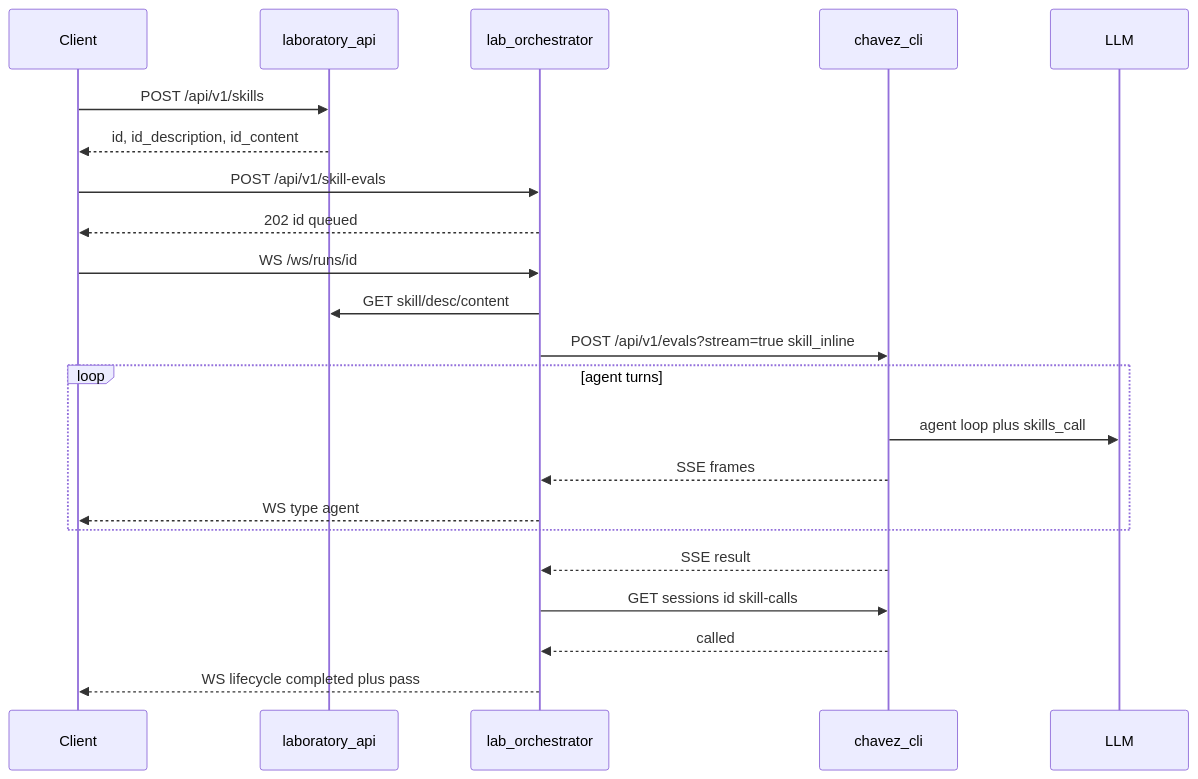
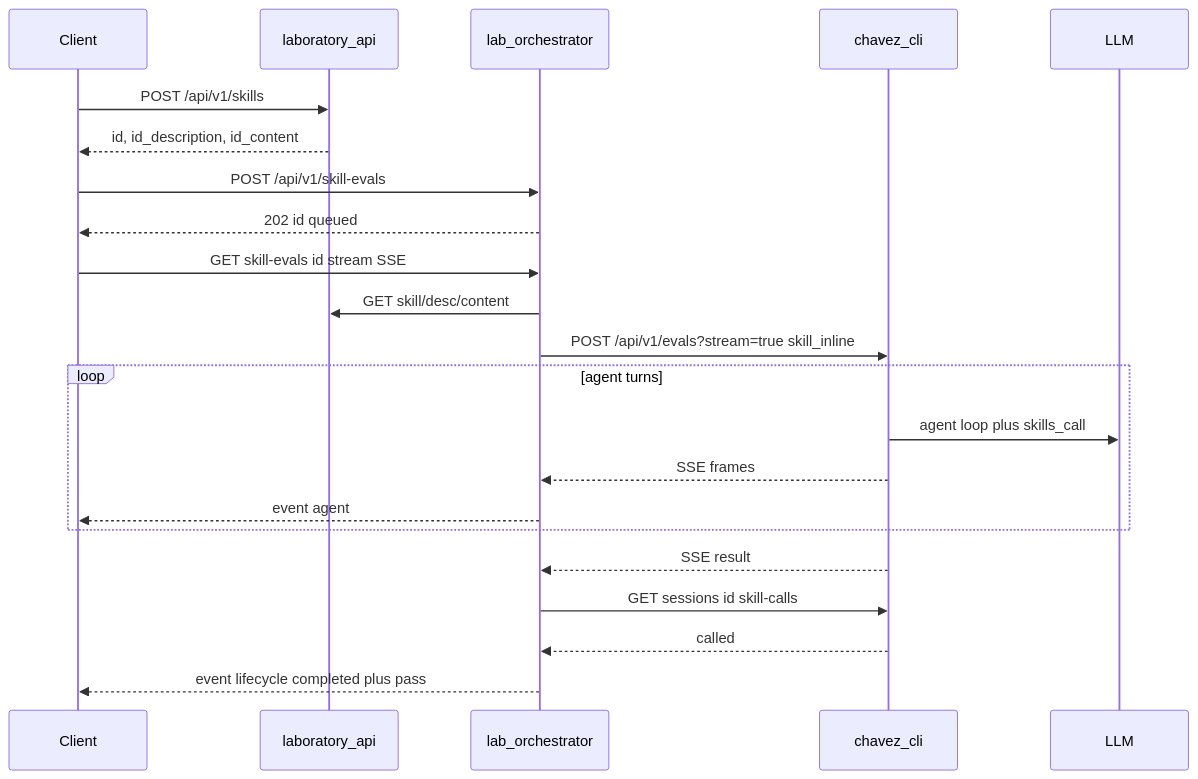
One commit to luizarnoldch/arnold-skills-laboratory changed the diagram in docs/architecture/skill-eval-e2e.md. Above: the diagram before and after it, drawn with Mermaid. The commit also changed other lines of this file, not shown here.

First line of the commit message:
Sync skill-eval SSE overlays across lab service submodules.

````diff
--- a/docs/architecture/skill-eval-e2e.md
+++ b/docs/architecture/skill-eval-e2e.md
@@ -17,25 +17,25 @@
 ```mermaid
 sequenceDiagram
   participant Client
   participant LabAPI as laboratory_api
   participant Orch as lab_orchestrator
   participant Chavez as chavez_cli
   participant LLM
 
   Client->>LabAPI: POST /api/v1/skills
   LabAPI-->>Client: id, id_description, id_content
   Client->>Orch: POST /api/v1/skill-evals
   Orch-->>Client: 202 id queued
-  Client->>Orch: WS /ws/runs/id
+  Client->>Orch: GET skill-evals id stream SSE
   Orch->>LabAPI: GET skill/desc/content
   Orch->>Chavez: POST /api/v1/evals?stream=true skill_inline
   loop agent turns
     Chavez->>LLM: agent loop plus skills_call
     Chavez-->>Orch: SSE frames
-    Orch-->>Client: WS type agent
+    Orch-->>Client: event agent
   end
   Chavez-->>Orch: SSE result
   Orch->>Chavez: GET sessions id skill-calls
   Chavez-->>Orch: called
-  Orch-->>Client: WS lifecycle completed plus pass
+  Orch-->>Client: event lifecycle completed plus pass
 ```
````
